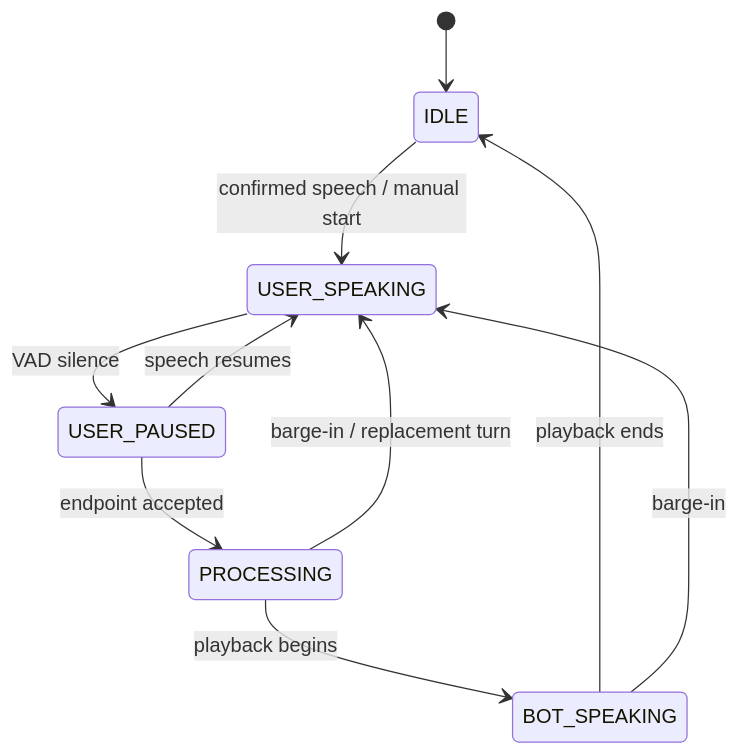
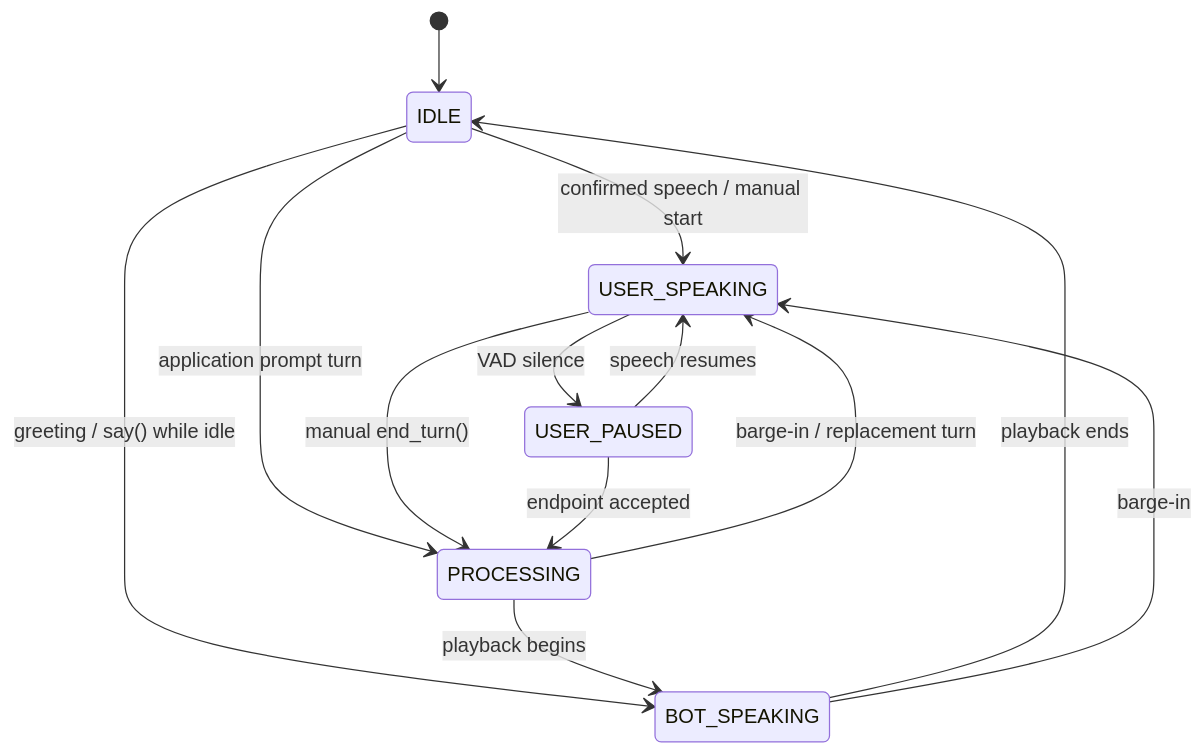
Before and after one commit to yisding/easycat: the fourth of 8 diagrams in docs/development/03-audio-and-turns.md, drawn with Mermaid. The commit also changed other lines of this file and 11 other files, not shown here.

````diff
--- a/docs/development/03-audio-and-turns.md
+++ b/docs/development/03-audio-and-turns.md
@@ -120,12 +120,15 @@
 ```mermaid
 stateDiagram-v2
     [*] --> IDLE
     IDLE --> USER_SPEAKING: confirmed speech / manual start
+    IDLE --> PROCESSING: application prompt turn
+    IDLE --> BOT_SPEAKING: greeting / say() while idle
     USER_SPEAKING --> USER_PAUSED: VAD silence
+    USER_SPEAKING --> PROCESSING: manual end_turn()
     USER_PAUSED --> USER_SPEAKING: speech resumes
     USER_PAUSED --> PROCESSING: endpoint accepted
     PROCESSING --> BOT_SPEAKING: playback begins
     BOT_SPEAKING --> IDLE: playback ends
     PROCESSING --> USER_SPEAKING: barge-in / replacement turn
     BOT_SPEAKING --> USER_SPEAKING: barge-in
 ```
````
